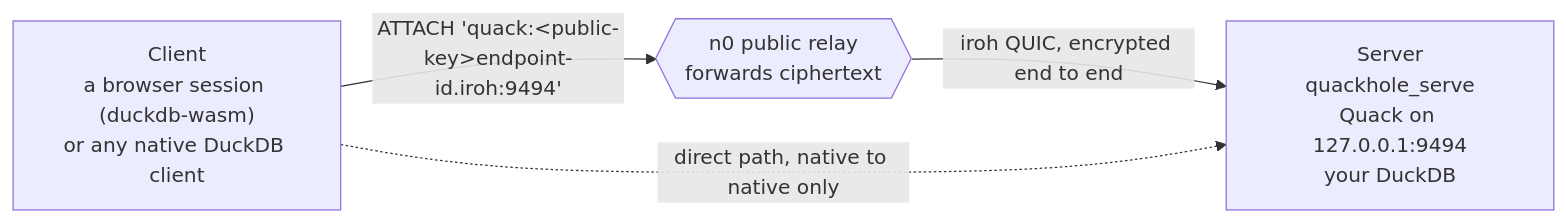
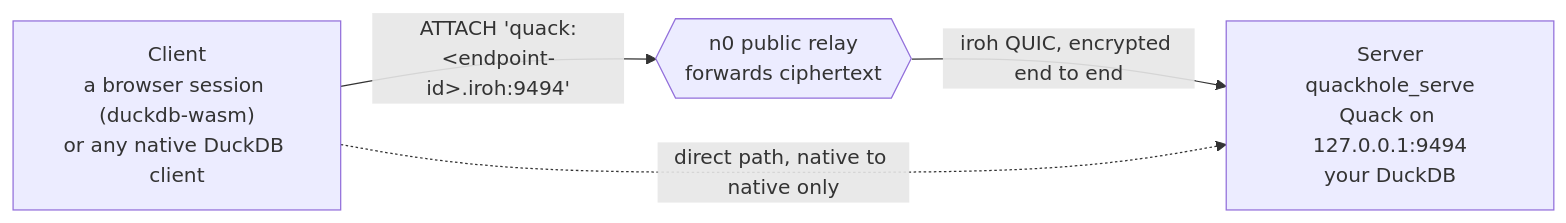
Before and after one commit to smithclay/quackhole: the diagram in README.md, drawn with Mermaid. The commit also changed other lines of this file and 6 other files, not shown here.

````diff
--- a/README.md
+++ b/README.md
@@ -19,10 +19,10 @@
 ```mermaid
 flowchart LR
     C["Client<br/>a browser session (duckdb-wasm)<br/>or any native DuckDB client"]
     R{{"n0 public relay<br/>forwards ciphertext"}}
     S["Server<br/>quackhole_serve<br/>Quack on 127.0.0.1:9494<br/>your DuckDB"]
 
-    C -->|"ATTACH 'quack:&lt;public-key&gt;endpoint-id.iroh:9494'"| R
+    C -->|"ATTACH 'quack:&lt;endpoint-id&gt;.iroh:9494'"| R
     R -->|"iroh QUIC, encrypted end to end"| S
     C -.->|"direct path, native to native only"| S
 ```
````
